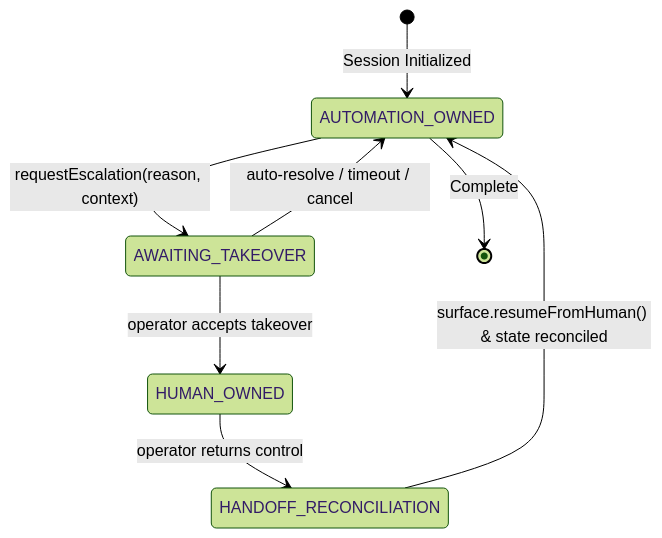
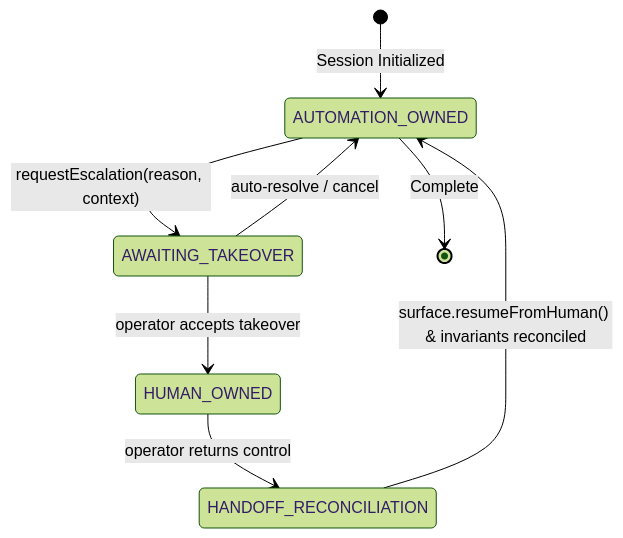
Before and after one commit to aryan-karadia/interface-ai-oa: the second of 2 diagrams in REPORT.md, drawn with Mermaid (forest theme). The commit also changed other lines of this file and 1 other file, not shown here.

````diff
--- a/REPORT.md
+++ b/REPORT.md
@@ -99,10 +200,10 @@
 ```mermaid
 stateDiagram-v2
     [*] --> AUTOMATION_OWNED : Session Initialized
     AUTOMATION_OWNED --> AWAITING_TAKEOVER : requestEscalation(reason, context)
     AWAITING_TAKEOVER --> HUMAN_OWNED : operator accepts takeover
-    AWAITING_TAKEOVER --> AUTOMATION_OWNED : auto-resolve / timeout / cancel
+    AWAITING_TAKEOVER --> AUTOMATION_OWNED : auto-resolve / cancel
     HUMAN_OWNED --> HANDOFF_RECONCILIATION : operator returns control
-    HANDOFF_RECONCILIATION --> AUTOMATION_OWNED : surface.resumeFromHuman() & state reconciled
+    HANDOFF_RECONCILIATION --> AUTOMATION_OWNED : surface.resumeFromHuman() & invariants reconciled
     AUTOMATION_OWNED --> [*] : Complete
 ```
````
